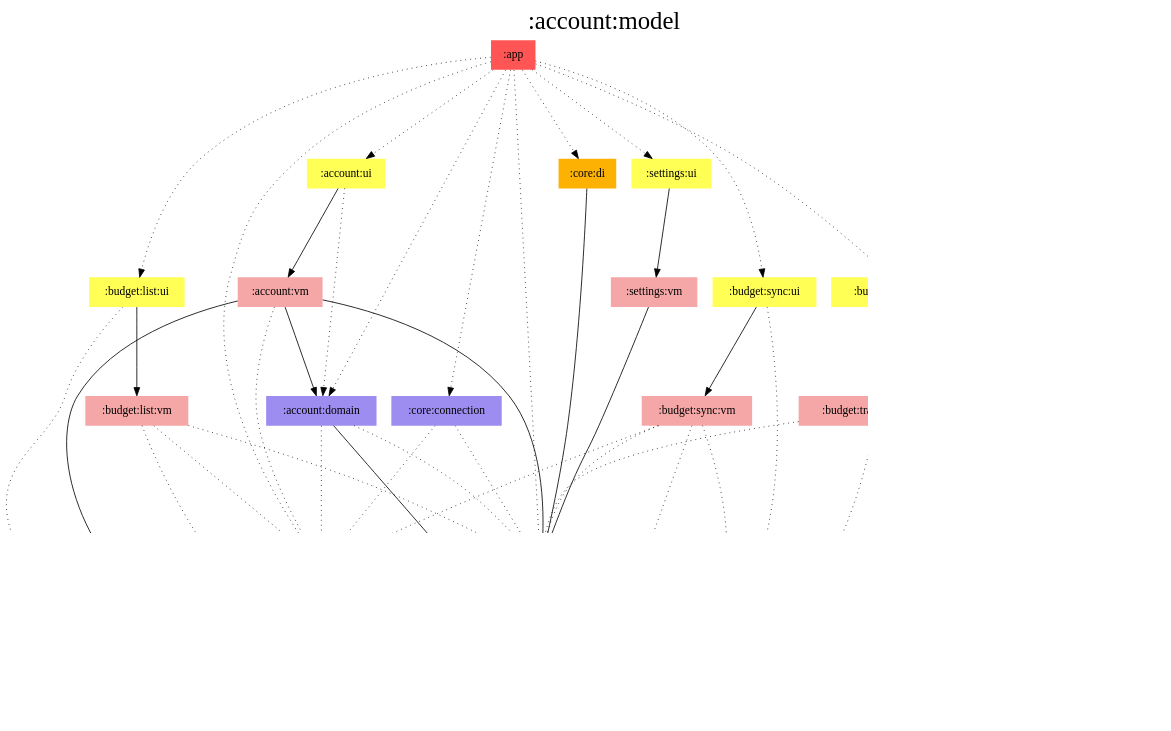
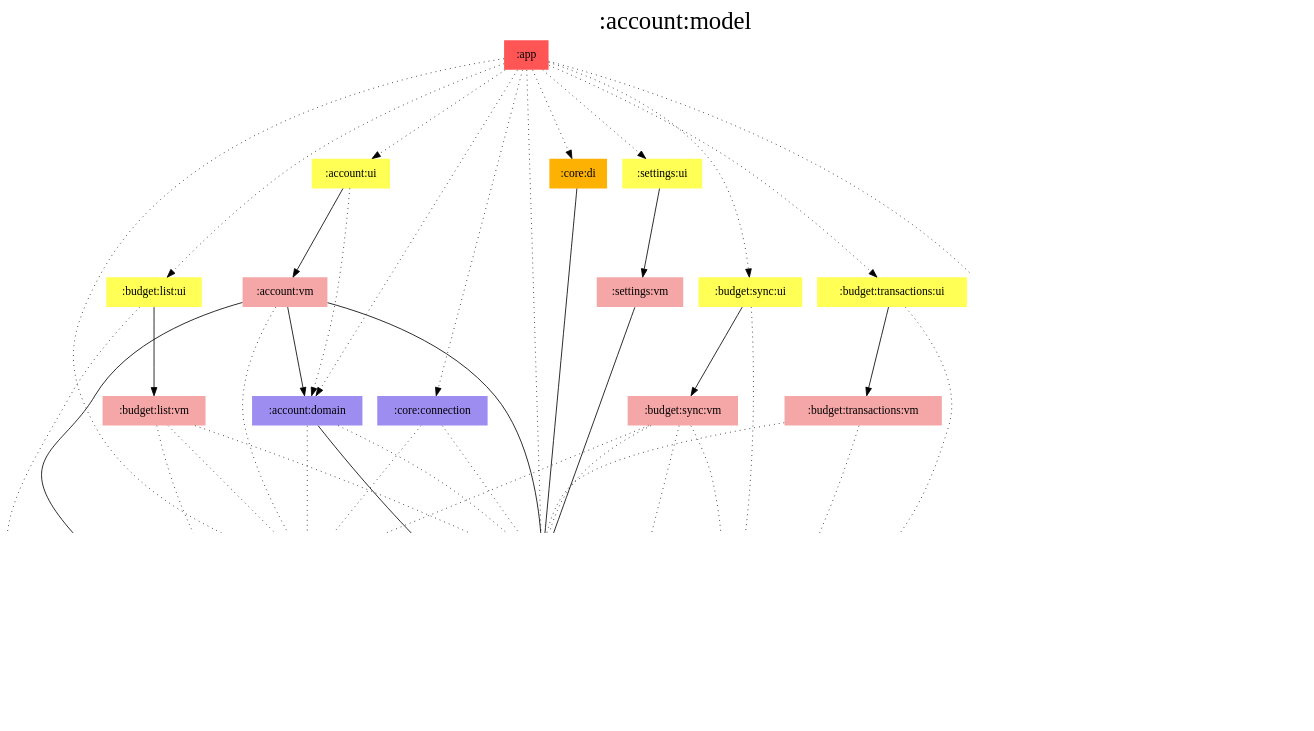
The diagram in modules/account/model/modules.dot (jonapoul/aktual), drawn with Graphviz before and after one commit. The commit also changed 45 other files, not shown here.

```diff
--- a/modules/account/model/modules.dot
+++ b/modules/account/model/modules.dot
@@ -1,83 +1,89 @@
 digraph {
 edge ["dir"="forward"]
 graph ["dpi"="100","label"=":account:model","labelloc"="t","fontsize"="30","ranksep"="1.5","rankdir"="TB"]
 node ["style"="filled"]
 ":account:domain" ["fillcolor"="#9D8DF1","shape"="none"]
 ":account:model" ["fillcolor"="#9D8DF1","color"="black","penwidth"="3","shape"="box"]
 ":account:ui" ["fillcolor"="#FFFF55","shape"="none"]
 ":account:vm" ["fillcolor"="#F5A6A6","shape"="none"]
 ":api:actual" ["fillcolor"="#9D8DF1","shape"="none"]
 ":app" ["fillcolor"="#FF5555","shape"="none"]
 ":budget:encryption" ["fillcolor"="#9D8DF1","shape"="none"]
 ":budget:list:ui" ["fillcolor"="#FFFF55","shape"="none"]
 ":budget:list:vm" ["fillcolor"="#F5A6A6","shape"="none"]
+":budget:reports:ui" ["fillcolor"="#FFFF55","shape"="none"]
+":budget:reports:vm" ["fillcolor"="#F5A6A6","shape"="none"]
 ":budget:sync:ui" ["fillcolor"="#FFFF55","shape"="none"]
 ":budget:sync:vm" ["fillcolor"="#F5A6A6","shape"="none"]
 ":budget:transactions:ui" ["fillcolor"="#FFFF55","shape"="none"]
 ":budget:transactions:vm" ["fillcolor"="#F5A6A6","shape"="none"]
 ":core:connection" ["fillcolor"="#9D8DF1","shape"="none"]
 ":core:di" ["fillcolor"="#FCB103","shape"="none"]
 ":prefs" ["fillcolor"="#9D8DF1","shape"="none"]
 ":settings:ui" ["fillcolor"="#FFFF55","shape"="none"]
 ":settings:vm" ["fillcolor"="#F5A6A6","shape"="none"]
 {
 edge ["dir"="none"]
 graph ["rank"="same"]
 ":account:model"
 }
 ":account:domain" -> ":account:model"
 ":account:domain" -> ":api:actual" ["style"="dotted"]
 ":account:domain" -> ":prefs" ["style"="dotted"]
 ":account:ui" -> ":account:domain" ["style"="dotted"]
 ":account:ui" -> ":account:vm"
 ":account:vm" -> ":account:domain"
 ":account:vm" -> ":account:model"
 ":account:vm" -> ":api:actual" ["style"="dotted"]
 ":account:vm" -> ":prefs"
 ":api:actual" -> ":account:model"
 ":app" -> ":account:domain" ["style"="dotted"]
 ":app" -> ":account:ui" ["style"="dotted"]
 ":app" -> ":api:actual" ["style"="dotted"]
 ":app" -> ":budget:list:ui" ["style"="dotted"]
+":app" -> ":budget:reports:ui" ["style"="dotted"]
 ":app" -> ":budget:sync:ui" ["style"="dotted"]
 ":app" -> ":budget:transactions:ui" ["style"="dotted"]
 ":app" -> ":core:connection" ["style"="dotted"]
 ":app" -> ":core:di" ["style"="dotted"]
 ":app" -> ":prefs" ["style"="dotted"]
 ":app" -> ":settings:ui" ["style"="dotted"]
 ":budget:encryption" -> ":account:model"
 ":budget:list:ui" -> ":account:model" ["style"="dotted"]
 ":budget:list:ui" -> ":budget:list:vm"
 ":budget:list:vm" -> ":account:model" ["style"="dotted"]
 ":budget:list:vm" -> ":api:actual" ["style"="dotted"]
 ":budget:list:vm" -> ":prefs" ["style"="dotted"]
+":budget:reports:ui" -> ":account:model" ["style"="dotted"]
+":budget:reports:ui" -> ":budget:reports:vm"
+":budget:reports:vm" -> ":account:model"
 ":budget:sync:ui" -> ":account:model" ["style"="dotted"]
 ":budget:sync:ui" -> ":budget:sync:vm"
 ":budget:sync:vm" -> ":account:model" ["style"="dotted"]
 ":budget:sync:vm" -> ":api:actual" ["style"="dotted"]
 ":budget:sync:vm" -> ":budget:encryption" ["style"="dotted"]
 ":budget:sync:vm" -> ":prefs" ["style"="dotted"]
 ":budget:transactions:ui" -> ":account:model" ["style"="dotted"]
 ":budget:transactions:ui" -> ":budget:transactions:vm"
 ":budget:transactions:vm" -> ":account:model" ["style"="dotted"]
 ":budget:transactions:vm" -> ":prefs" ["style"="dotted"]
 ":core:connection" -> ":api:actual" ["style"="dotted"]
 ":core:connection" -> ":prefs" ["style"="dotted"]
 ":core:di" -> ":prefs"
 ":prefs" -> ":account:model"
 ":settings:ui" -> ":settings:vm"
 ":settings:vm" -> ":prefs"
 subgraph "cluster_legend" {
 edge ["dir"="none"]
 graph ["label"="Legend","fontsize"="20"]
 "Legend" ["style"="filled","fillcolor"="#FFFFFF","shape"="none","margin"="0","fontsize"="15","label"=<
 <TABLE BORDER="0" CELLBORDER="0" CELLSPACING="0" CELLPADDING="4">
 <TR><TD>App</TD><TD BGCOLOR="#FF5555">module-name</TD></TR>
 <TR><TD>ViewModel</TD><TD BGCOLOR="#F5A6A6">module-name</TD></TR>
 <TR><TD>Hilt</TD><TD BGCOLOR="#FCB103">module-name</TD></TR>
 <TR><TD>Compose</TD><TD BGCOLOR="#FFFF55">module-name</TD></TR>
 <TR><TD>Multiplatform</TD><TD BGCOLOR="#9D8DF1">module-name</TD></TR>
 </TABLE>
 >]
 } -> ":account:model" ["style"="invis"]
 }
```
